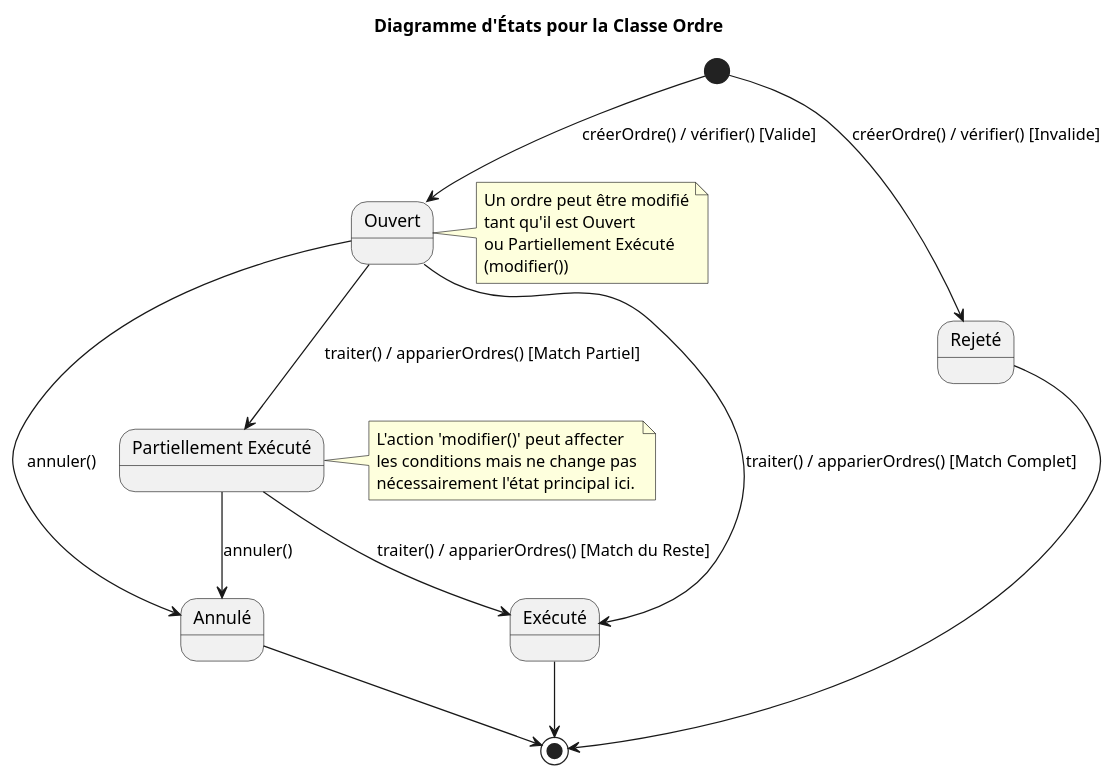
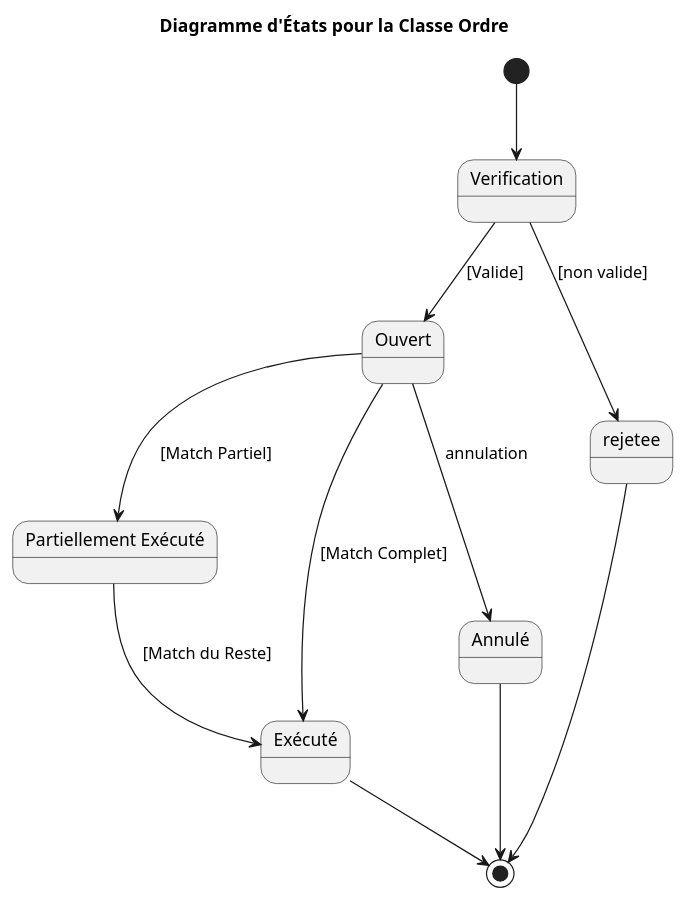
One commit to Hsouna-M/TradingPlatformConception changed the diagram in Diagrams/Unofficial/stateDiagram.plantuml. Above: the diagram before and after it, drawn with PlantUML.

Commit message:
state diagram final

```diff
--- a/Diagrams/Unofficial/stateDiagram.plantuml
+++ b/Diagrams/Unofficial/stateDiagram.plantuml
@@ -1,28 +1,26 @@
 @startuml StateDiagramOrdre
 
 title Diagramme d'États pour la Classe Ordre
 
 state Ouvert
+state Verification
 state PartiellementExécuté as "Partiellement Exécuté"
 state Exécuté
 state Annulé
-state Rejeté
+state rejetee 
 
-[*] --> Ouvert : créerOrdre() / vérifier() [Valide]
-[*] --> Rejeté : créerOrdre() / vérifier() [Invalide]
+[*] --> Verification 
+Verification --> Ouvert :  [Valide]
+Verification --> rejetee :  [non valide]
 
-Ouvert --> PartiellementExécuté : traiter() / apparierOrdres() [Match Partiel]
-Ouvert --> Exécuté : traiter() / apparierOrdres() [Match Complet]
-Ouvert --> Annulé : annuler()
+Ouvert --> PartiellementExécuté :   [Match Partiel]
+Ouvert --> Exécuté :   [Match Complet]
+Ouvert --> Annulé : annulation
 
-PartiellementExécuté --> Exécuté : traiter() / apparierOrdres() [Match du Reste]
-PartiellementExécuté --> Annulé : annuler()
+PartiellementExécuté --> Exécuté : [Match du Reste]
 
-Rejeté --> [*]
+rejetee --> [*]
 Annulé --> [*]
 Exécuté --> [*]
 
-note right of Ouvert : Un ordre peut être modifié\ntant qu'il est Ouvert\nou Partiellement Exécuté\n(modifier())
-note right of PartiellementExécuté : L'action 'modifier()' peut affecter\nles conditions mais ne change pas\nnécessairement l'état principal ici.
-
 @enduml
```
